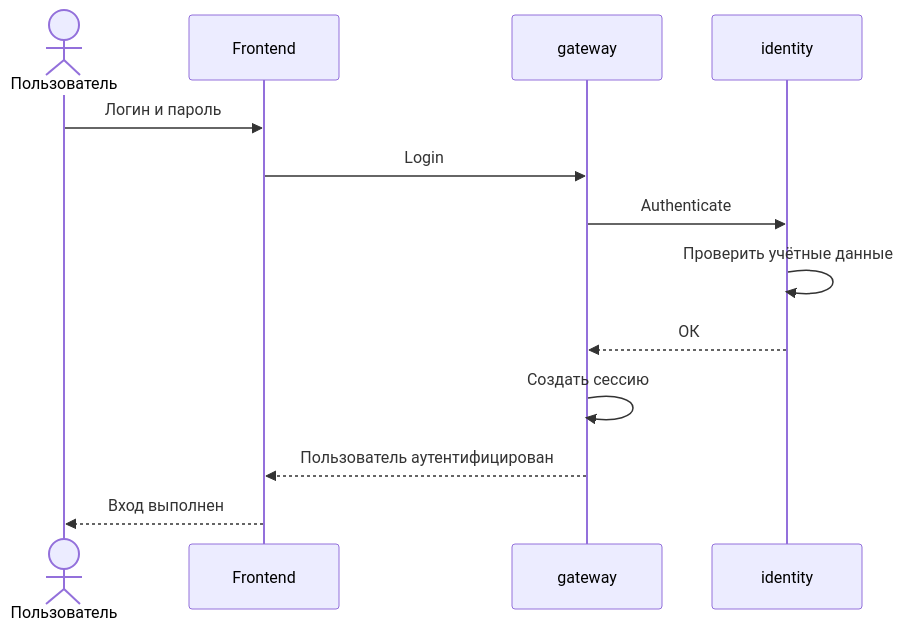
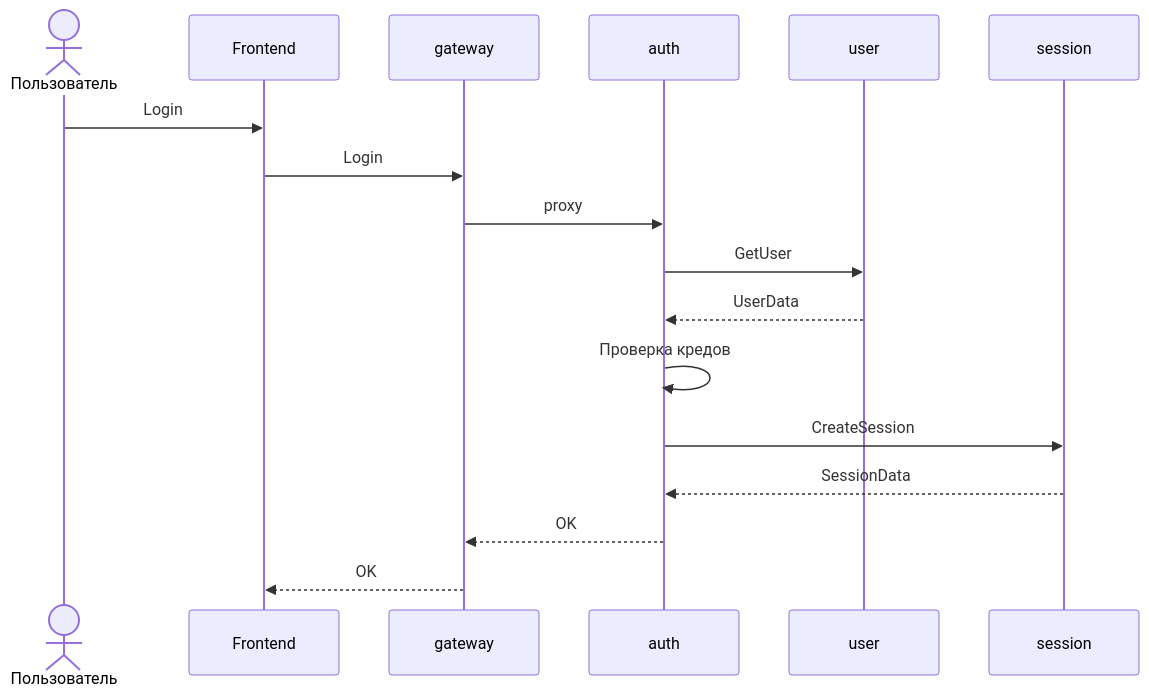
The fourth of 6 diagrams in docs/architecture.md (Exevald/aura-platform), drawn with Mermaid before and after one commit. The commit also changed other lines of this file, not shown here.

````diff
--- a/docs/architecture.md
+++ b/docs/architecture.md
@@ -445,15 +571,19 @@
 ```mermaid
 sequenceDiagram
     actor User as Пользователь
     participant Frontend
     participant Gateway as gateway
-    participant Identity as identity
-    User ->> Frontend: Логин и пароль
+    participant Auth as auth
+    participant UserService as user
+    participant Session as session
+    User ->> Frontend: Login
     Frontend ->> Gateway: Login
-    Gateway ->> Identity: Authenticate
-    Identity ->> Identity: Проверить учётные данные
-    Identity -->> Gateway: ОК
-    Gateway ->> Gateway: Создать сессию
-    Gateway -->> Frontend: Пользователь аутентифицирован
-    Frontend -->> User: Вход выполнен
+    Gateway ->> Auth: proxy
+    Auth ->> UserService: GetUser
+    UserService -->> Auth: UserData
+    Auth ->> Auth: Проверка кредов
+    Auth ->> Session: CreateSession
+    Session -->> Auth: SessionData
+    Auth -->> Gateway: OK
+    Gateway -->> Frontend: OK
 ```
````
